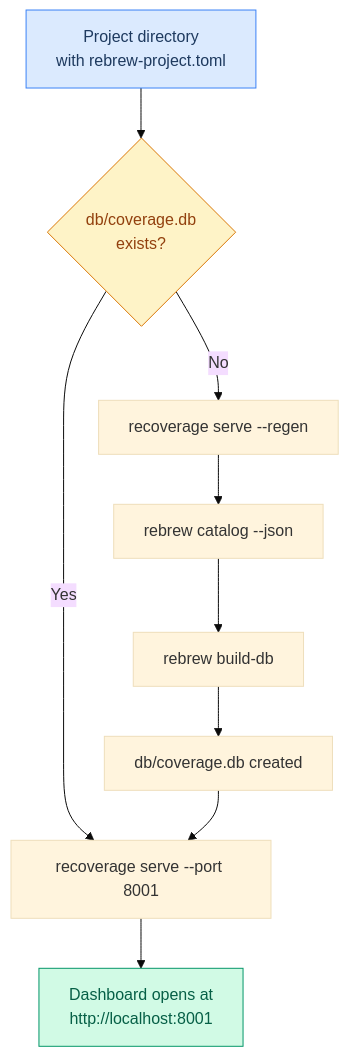
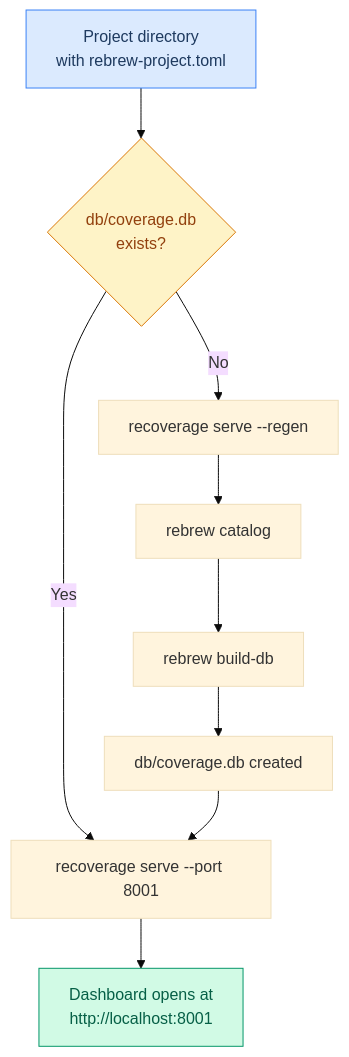
The first of 17 diagrams in docs/USER_STORIES.md (maci0/recoverage), drawn with Mermaid (base theme) before and after one commit. The commit also changed other lines of this file and 17 other files, not shown here.

````diff
--- a/docs/USER_STORIES.md
+++ b/docs/USER_STORIES.md
@@ -29,15 +29,15 @@
 ```mermaid
 graph TD
     A["Project directory<br/>with rebrew-project.toml"] --> B{"db/coverage.db<br/>exists?"}
     B -->|Yes| C["recoverage serve --port 8001"]
     B -->|No| D["recoverage serve --regen"]
-    D --> E["rebrew catalog --json"]
+    D --> E["rebrew catalog"]
     E --> F["rebrew build-db"]
     F --> G["db/coverage.db created"]
     G --> C
     C --> H["Dashboard opens at<br/>http://localhost:8001"]
 
     style A fill:#dbeafe,stroke:#3b82f6,color:#1e3a5f
     style H fill:#d1fae5,stroke:#059669,color:#065f46
     style B fill:#fef3c7,stroke:#d97706,color:#92400e
 ```
````
